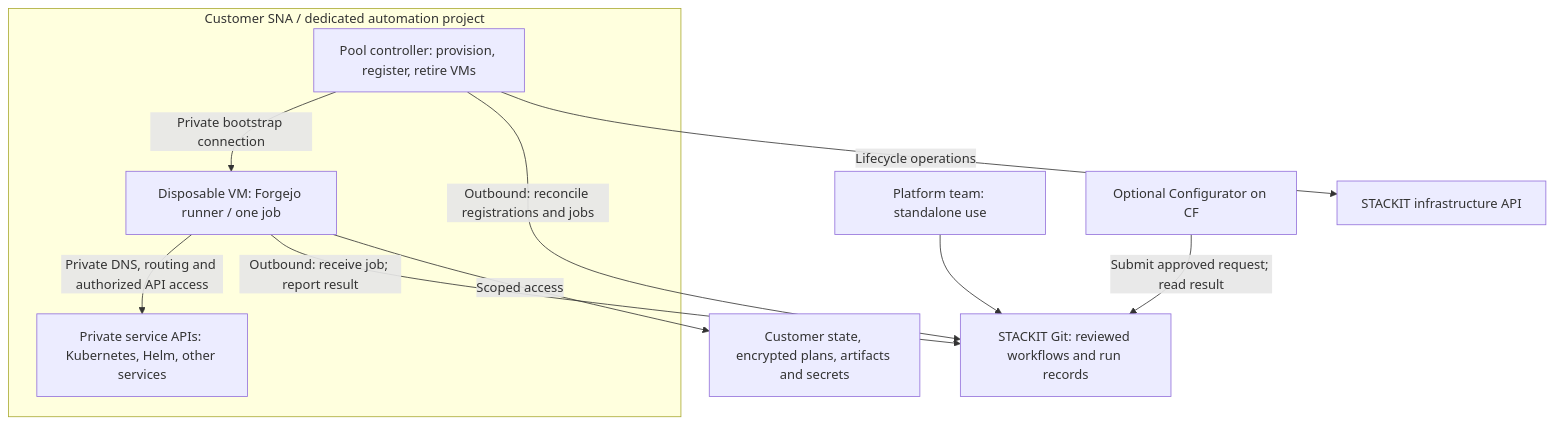
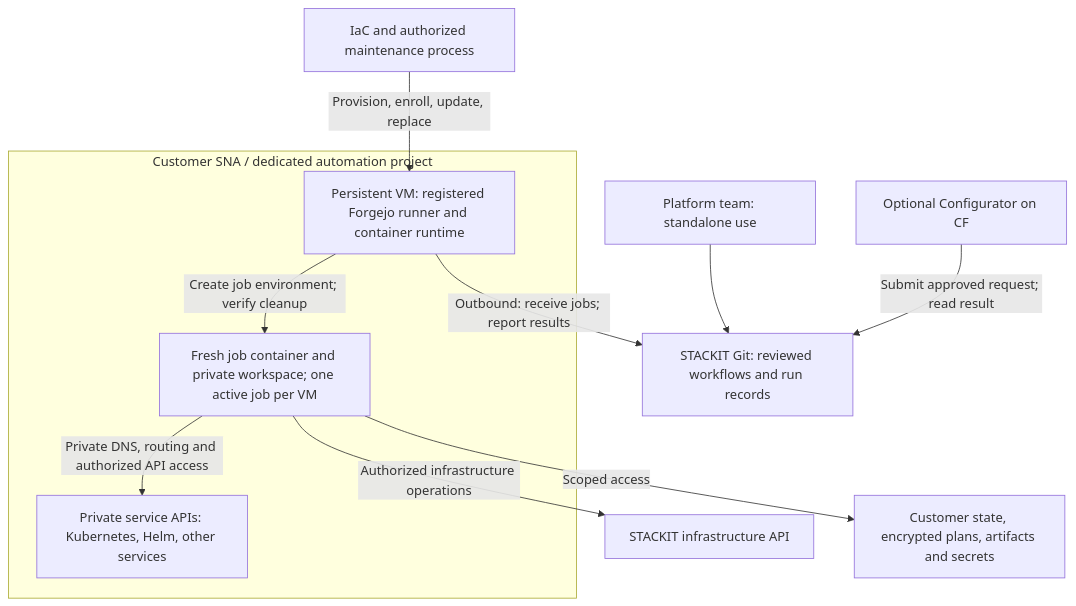
Before and after one commit to stackitcloud/stackit-landing-zone: the diagram in docs/private-runner-concept.md, drawn with Mermaid. The commit also changed other lines of this file and 1 other file, not shown here.

Commit message:
docs: select persistent VM runners with fresh job containers

````diff
--- a/docs/private-runner-concept.md
+++ b/docs/private-runner-concept.md
@@ -34,17 +35,17 @@
 ```mermaid
 flowchart TB
     Human["Platform team: standalone use"] --> Git
     CF["Optional Configurator on CF"] -->|"Submit approved request; read result"| Git
     Git["STACKIT Git: reviewed workflows and run records"]
+    IaC["IaC and authorized maintenance process"] -->|"Provision, enroll, update, replace"| VM
     subgraph SNA["Customer SNA / dedicated automation project"]
-        Controller["Pool controller: provision, register, retire VMs"]
-        Worker["Disposable VM: Forgejo runner / one job"]
+        VM["Persistent VM: registered Forgejo runner and container runtime"]
+        Job["Fresh job container and private workspace; one active job per VM"]
         Private["Private service APIs: Kubernetes, Helm, other services"]
-        Controller -->|"Private bootstrap connection"| Worker
-        Worker -->|"Private DNS, routing and authorized API access"| Private
+        VM -->|"Create job environment; verify cleanup"| Job
+        Job -->|"Private DNS, routing and authorized API access"| Private
     end
-    Controller -->|"Outbound: reconcile registrations and jobs"| Git
-    Controller -->|"Lifecycle operations"| API["STACKIT infrastructure API"]
-    Worker -->|"Outbound: receive job; report result"| Git
-    Worker -->|"Scoped access"| Store["Customer state, encrypted plans, artifacts and secrets"]
+    VM -->|"Outbound: receive jobs; report results"| Git
+    Job -->|"Authorized infrastructure operations"| API["STACKIT infrastructure API"]
+    Job -->|"Scoped access"| Store["Customer state, encrypted plans, artifacts and secrets"]
 ```
````
